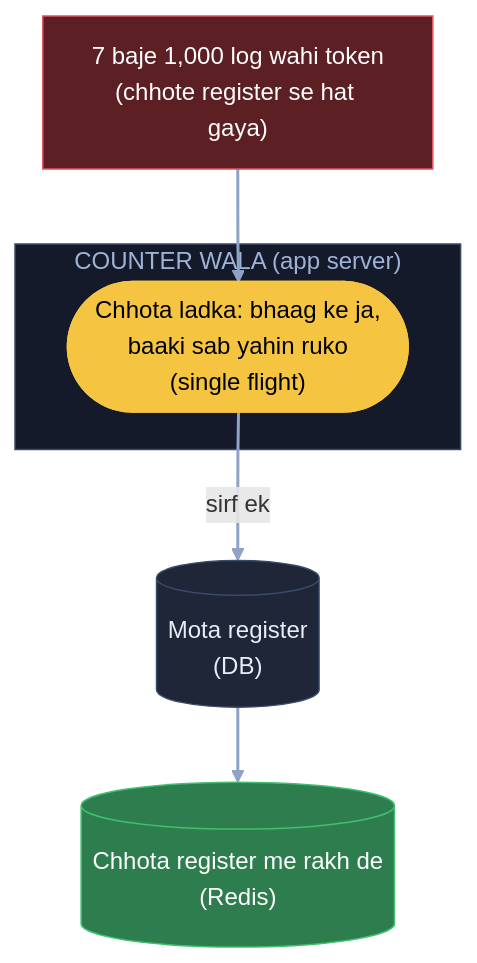
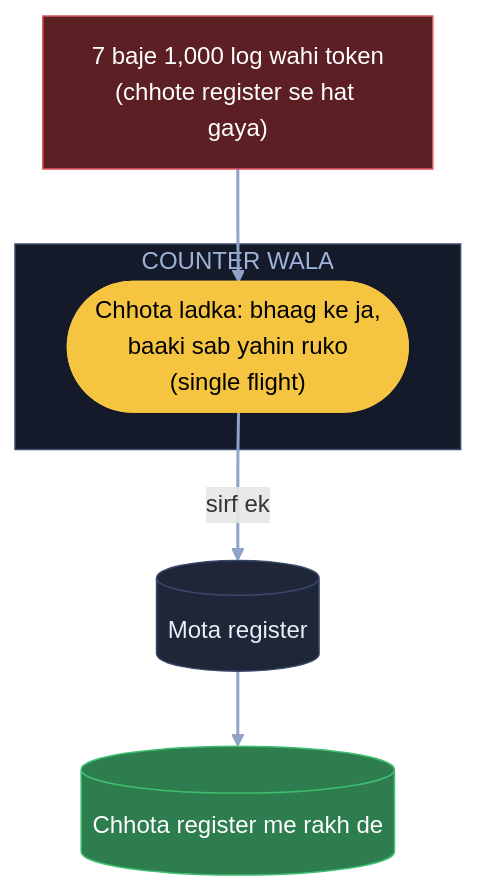
Before and after one commit to ArpanMaheshwari144/Prep: the fifth of 14 diagrams in 04_HLD/SYSTEM_DESIGNS/01_url_shortener/01_url_shortener.md, drawn with Mermaid. The commit also changed other lines of this file and 21 other files, not shown here.

Commit message:
Diagram: saare label purani halat me (bracket wala kaam dobara, sirf kahani ke dohraaye shabd)

````diff
--- a/04_HLD/SYSTEM_DESIGNS/01_url_shortener/01_url_shortener.md
+++ b/04_HLD/SYSTEM_DESIGNS/01_url_shortener/01_url_shortener.md
@@ -194,18 +194,18 @@
 ```mermaid
 flowchart TB
     U["7 baje 1,000 log wahi token<br/>(chhote register se hat gaya)"]:::bad
-    subgraph CW["COUNTER WALA (app server)"]
+    subgraph CW["COUNTER WALA"]
         K(["Chhota ladka: bhaag ke ja,<br/>baaki sab yahin ruko<br/>(single flight)"]):::pill
     end
-    D[("Mota register<br/>(DB)")]:::card
-    R[("Chhota register me rakh de<br/>(Redis)")]:::good
+    D[("Mota register")]:::card
+    R[("Chhota register me rakh de")]:::good
     U --> K
     K -- "sirf ek" --> D
     D --> R
     linkStyle default stroke:#8fa3c7,stroke-width:2px
     classDef card fill:#1e2638,stroke:#3a4a6b,color:#e8ecf5
     classDef pill fill:#f5c542,stroke:#f5c542,color:#000
     classDef good fill:#2e7d4f,stroke:#3fbf6f,color:#fff
     classDef bad fill:#5c1f24,stroke:#e05561,color:#fff
     style CW fill:#141a29,stroke:#3a4a6b,color:#9fb3d9
 ```
````
